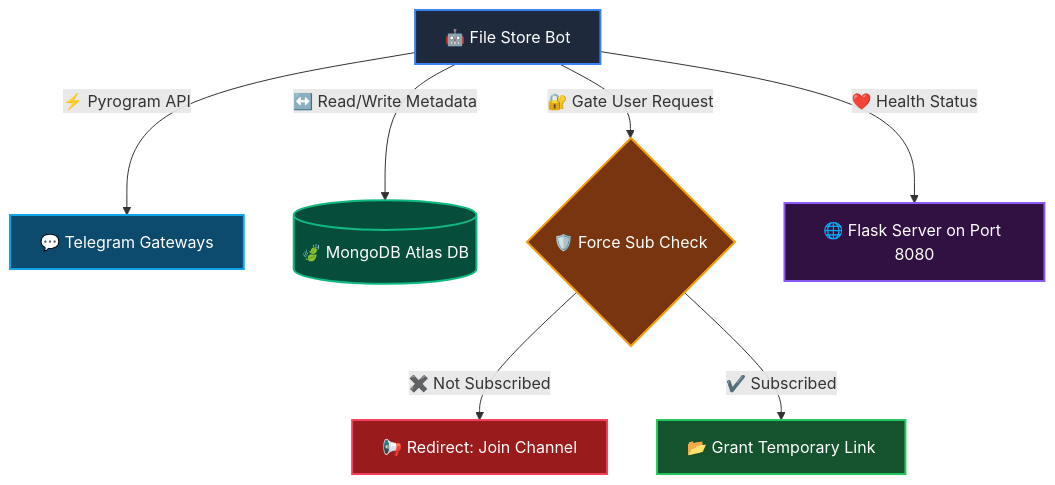
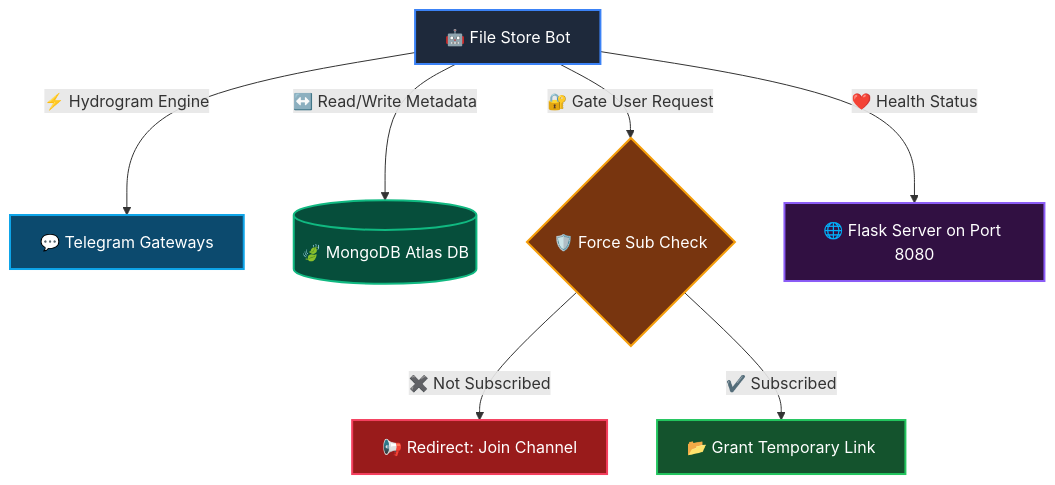
Before and after one commit to Pyro-Senpai/Telegram-File-Store: the first of 2 diagrams in README.md, drawn with Mermaid. The commit also changed other lines of this file, not shown here.

````diff
--- a/README.md
+++ b/README.md
@@ -29,21 +29,21 @@
 ```mermaid
 graph TD
     %% System Flow & Integration Diagram
-    Bot[🤖 File Store Bot] -->|⚡ Pyrogram API| TG[💬 Telegram Gateways]
+    Bot[🤖 File Store Bot] -->|⚡ Hydrogram Engine| TG[💬 Telegram Gateways]
     Bot -->|↔️ Read/Write Metadata| DB[(🍃 MongoDB Atlas DB)]
     Bot -->|🔐 Gate User Request| FSub{🛡️ Force Sub Check}
     
     FSub -->|✖️ Not Subscribed| Join[📢 Redirect: Join Channel]
     FSub -->|✔️ Subscribed| Access[📂 Grant Temporary Link]
     
     Bot -->|❤️ Health Status| Web[🌐 Flask Server on Port 8080]
 
     %% Color Coding & Styling
     style Bot fill:#1e293b,stroke:#3b82f6,stroke-width:2px,color:#fff
     style DB fill:#064e3b,stroke:#10b981,stroke-width:2px,color:#fff
     style TG fill:#0c4a6e,stroke:#0ea5e9,stroke-width:2px,color:#fff
     style FSub fill:#78350f,stroke:#f59e0b,stroke-width:2px,color:#fff
     style Join fill:#991b1b,stroke:#f43f5e,stroke-width:2px,color:#fff
     style Access fill:#14532d,stroke:#22c55e,stroke-width:2px,color:#fff
     style Web fill:#311042,stroke:#8b5cf6,stroke-width:2px,color:#fff
 ```
````
